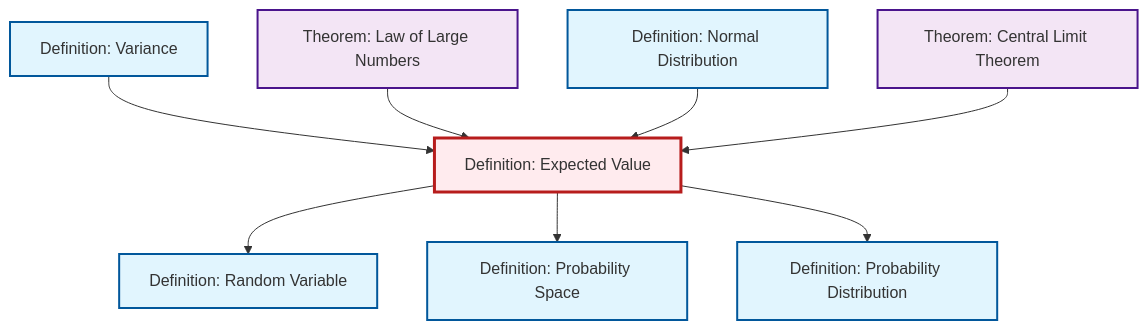
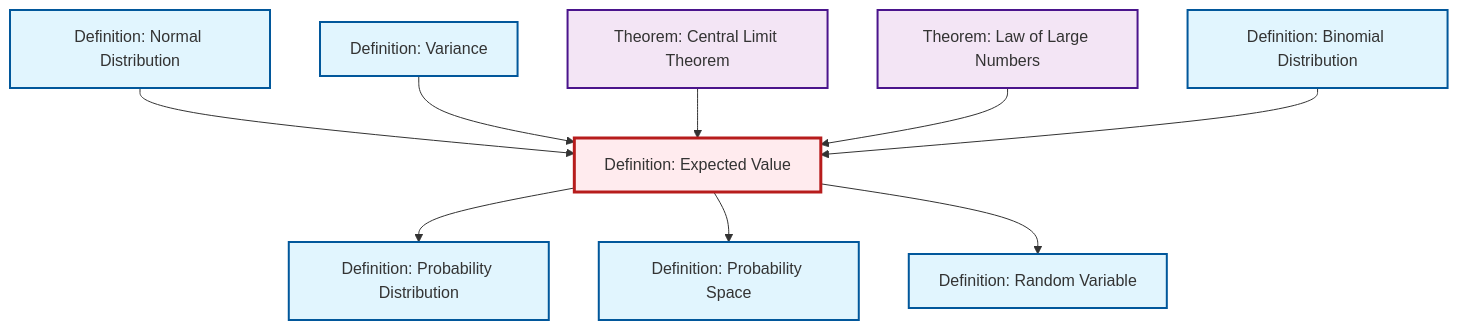
The second of 2 diagrams in content/en/probability-statistics/def-expectation.qmd (RK0429/ModernMath), drawn with Mermaid before and after one commit. The commit also changed 654 other files, not shown here.

````diff
--- a/content/en/probability-statistics/def-expectation.qmd
+++ b/content/en/probability-statistics/def-expectation.qmd
@@ -87,32 +87,35 @@
 ```{mermaid}
 %%| fig-cap: "Local dependency graph"
 graph TD
     classDef definition fill:#e1f5fe,stroke:#01579b,stroke-width:2px
     classDef theorem fill:#f3e5f5,stroke:#4a148c,stroke-width:2px
     classDef axiom fill:#fff3e0,stroke:#e65100,stroke-width:2px
     classDef example fill:#e8f5e9,stroke:#1b5e20,stroke-width:2px
     classDef current fill:#ffebee,stroke:#b71c1c,stroke-width:3px
+    def-expectation["Definition: Expected Value"]:::definition
+    def-binomial-distribution["Definition: Binomial Distribution"]:::definition
+    thm-law-of-large-numbers["Theorem: Law of Large Numbers"]:::theorem
+    def-probability-distribution["Definition: Probability Distribution"]:::definition
+    def-normal-distribution["Definition: Normal Distribution"]:::definition
+    def-variance["Definition: Variance"]:::definition
+    def-random-variable["Definition: Random Variable"]:::definition
     thm-central-limit["Theorem: Central Limit Theorem"]:::theorem
     def-probability-space["Definition: Probability Space"]:::definition
-    def-expectation["Definition: Expected Value"]:::definition
-    def-variance["Definition: Variance"]:::definition
-    def-probability-distribution["Definition: Probability Distribution"]:::definition
-    def-normal-distribution["Definition: Normal Distribution"]:::definition
-    thm-law-of-large-numbers["Theorem: Law of Large Numbers"]:::theorem
-    def-random-variable["Definition: Random Variable"]:::definition
+    def-expectation --> def-probability-distribution
+    def-normal-distribution --> def-expectation
     def-variance --> def-expectation
+    def-expectation --> def-probability-space
+    def-expectation --> def-random-variable
+    thm-central-limit --> def-expectation
     thm-law-of-large-numbers --> def-expectation
-    def-normal-distribution --> def-expectation
-    def-expectation --> def-random-variable
-    def-expectation --> def-probability-space
-    def-expectation --> def-probability-distribution
-    thm-central-limit --> def-expectation
+    def-binomial-distribution --> def-expectation
     class def-expectation current
+    click def-binomial-distribution "def-binomial-distribution.html" "Go to Binomial Distribution definition"
+    click thm-law-of-large-numbers "thm-law-of-large-numbers.html" "Go to Law of Large Numbers theorem"
+    click def-probability-distribution "def-probability-distribution.html" "Go to Probability Distribution definition"
+    click def-normal-distribution "def-normal-distribution.html" "Go to Normal Distribution definition"
+    click def-variance "def-variance.html" "Go to Variance definition"
+    click def-random-variable "def-random-variable.html" "Go to Random Variable definition"
     click thm-central-limit "thm-central-limit.html" "Go to Central Limit Theorem theorem"
     click def-probability-space "def-probability-space.html" "Go to Probability Space definition"
-    click def-variance "def-variance.html" "Go to Variance definition"
-    click def-probability-distribution "def-probability-distribution.html" "Go to Probability Distribution definition"
-    click def-normal-distribution "def-normal-distribution.html" "Go to Normal Distribution definition"
-    click thm-law-of-large-numbers "thm-law-of-large-numbers.html" "Go to Law of Large Numbers theorem"
-    click def-random-variable "def-random-variable.html" "Go to Random Variable definition"
 ```
````
